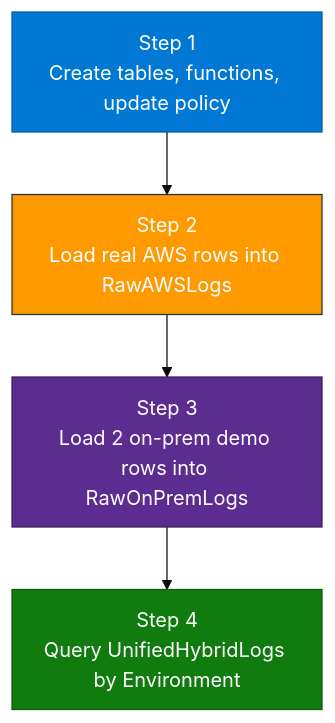
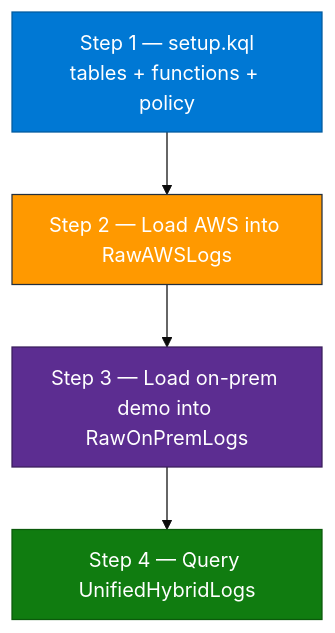
The second of 2 diagrams in Module_04_Hybrid_Architecture/04_Hybrid_Log_Ingestion_Lab.md (atingupta2005/adx-aws-training-aug-26), drawn with Mermaid before and after one commit. The commit also changed other lines of this file and 10 other files, not shown here.

````diff
--- a/Module_04_Hybrid_Architecture/04_Hybrid_Log_Ingestion_Lab.md
+++ b/Module_04_Hybrid_Architecture/04_Hybrid_Log_Ingestion_Lab.md
@@ -17,11 +218,11 @@
 ```mermaid
 %%{init: {"theme":"base","flowchart":{"htmlLabels":true,"padding":12}}}%%
 flowchart TB
-  A["Step 1<br/>Create tables, functions, update policy"] --> B["Step 2<br/>Load real AWS rows into RawAWSLogs"]
-  B --> C["Step 3<br/>Load 2 on-prem demo rows into RawOnPremLogs"]
-  C --> D["Step 4<br/>Query UnifiedHybridLogs by Environment"]
+  A["Step 1 — setup.kql<br/>tables + functions + policy"] --> B["Step 2 — Load AWS into RawAWSLogs"]
+  B --> C["Step 3 — Load on-prem demo into RawOnPremLogs"]
+  C --> D["Step 4 — Query UnifiedHybridLogs"]
   style A fill:#0078D4,stroke:#005A9E,color:#fff
   style B fill:#FF9900,stroke:#232F3E,color:#fff
   style C fill:#5C2D91,stroke:#3A1D5C,color:#fff
   style D fill:#107C10,stroke:#0B5A0B,color:#fff
 ```
````
